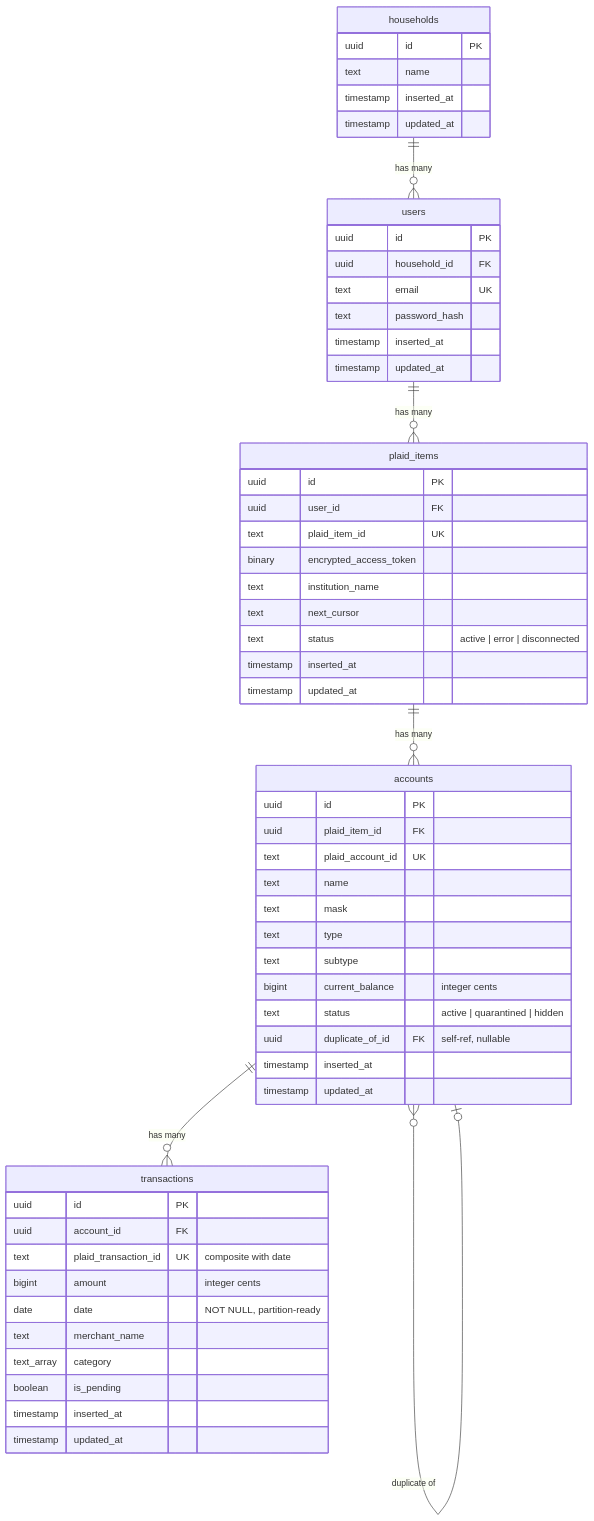
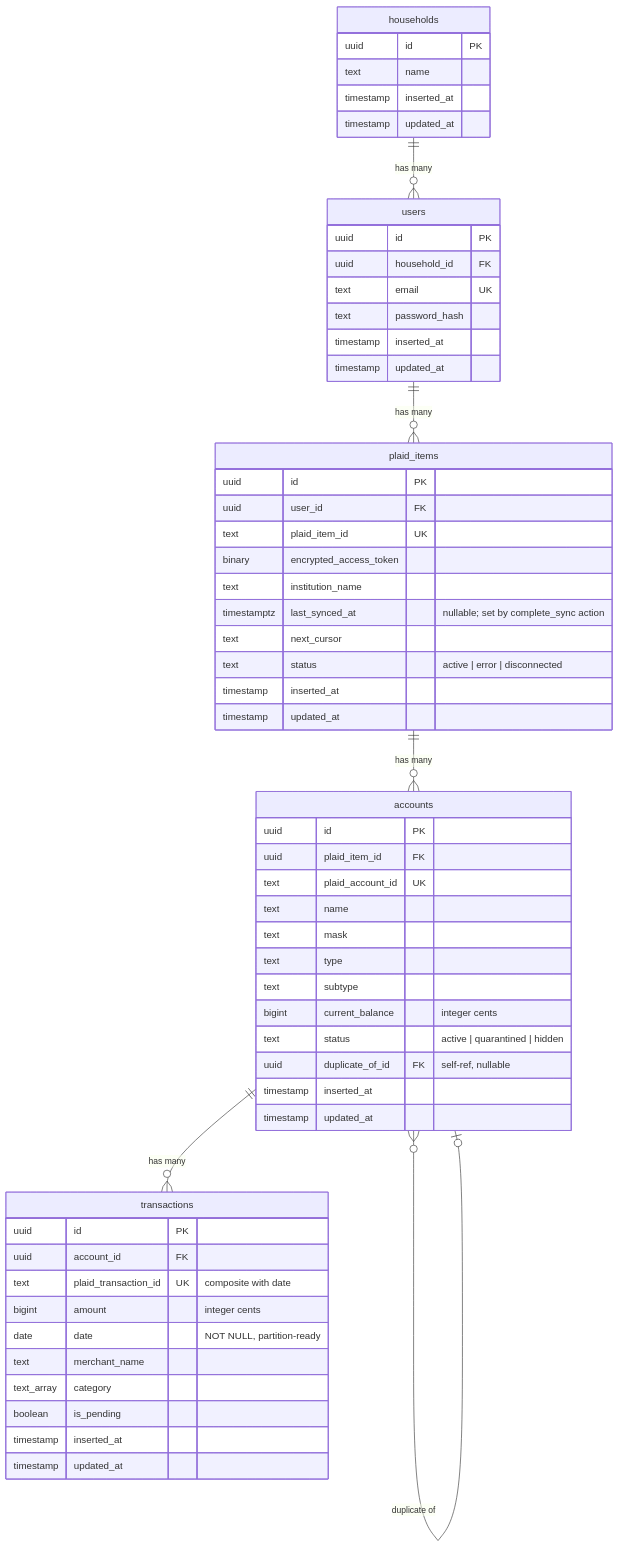
One commit to tblenahan/finance_smith changed the diagram in priv/repo/README.md. Above: the diagram before and after it, drawn with Mermaid. The commit also changed 5 other files, not shown here.

````diff
--- a/priv/repo/README.md
+++ b/priv/repo/README.md
@@ -5,64 +5,65 @@
 ```mermaid
 erDiagram
     households ||--o{ users : "has many"
     users ||--o{ plaid_items : "has many"
     plaid_items ||--o{ accounts : "has many"
     accounts ||--o{ transactions : "has many"
     accounts }o--o| accounts : "duplicate of"
 
     households {
         uuid id PK
         text name
         timestamp inserted_at
         timestamp updated_at
     }
 
     users {
         uuid id PK
         uuid household_id FK
         text email UK
         text password_hash
         timestamp inserted_at
         timestamp updated_at
     }
 
     plaid_items {
         uuid id PK
         uuid user_id FK
         text plaid_item_id UK
         binary encrypted_access_token
         text institution_name
+        timestamptz last_synced_at "nullable; set by complete_sync action"
         text next_cursor
         text status "active | error | disconnected"
         timestamp inserted_at
         timestamp updated_at
     }
 
     accounts {
         uuid id PK
         uuid plaid_item_id FK
         text plaid_account_id UK
         text name
         text mask
         text type
         text subtype
         bigint current_balance "integer cents"
         text status "active | quarantined | hidden"
         uuid duplicate_of_id FK "self-ref, nullable"
         timestamp inserted_at
         timestamp updated_at
     }
 
     transactions {
         uuid id PK
         uuid account_id FK
         text plaid_transaction_id UK "composite with date"
         bigint amount "integer cents"
         date date "NOT NULL, partition-ready"
         text merchant_name
         text_array category
         boolean is_pending
         timestamp inserted_at
         timestamp updated_at
     }
 ```
````
